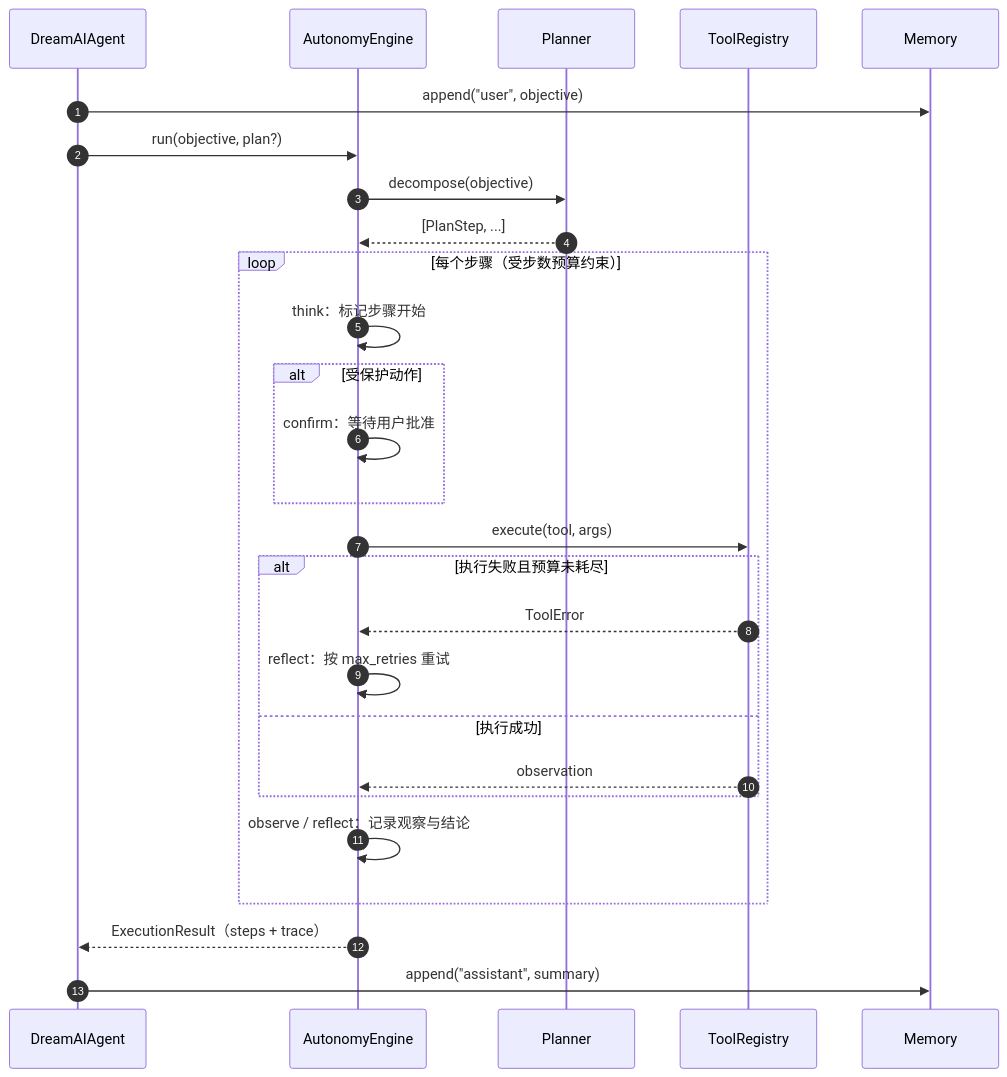
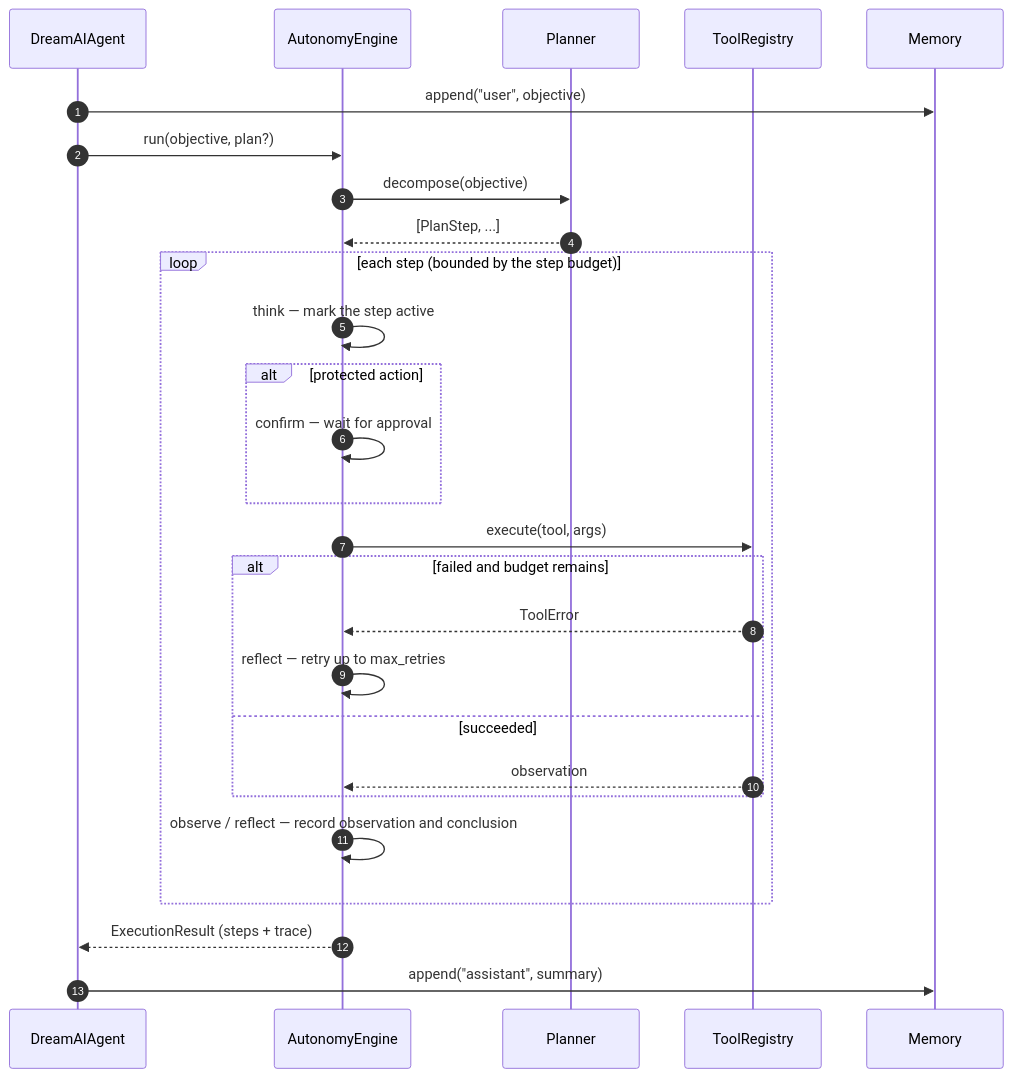
The third of 3 diagrams in docs/ARCHITECTURE.md (Li-Guijiang/DreamAI), drawn with Mermaid before and after one commit. The commit also changed other lines of this file and 4 other files, not shown here.

````diff
--- a/docs/ARCHITECTURE.md
+++ b/docs/ARCHITECTURE.md
@@ -145,32 +144,32 @@
 ```mermaid
 sequenceDiagram
     autonumber
     participant A as DreamAIAgent
     participant E as AutonomyEngine
     participant PL as Planner
     participant R as ToolRegistry
     participant M as Memory
 
     A->>M: append("user", objective)
     A->>E: run(objective, plan?)
     E->>PL: decompose(objective)
     PL-->>E: [PlanStep, ...]
 
-    loop 每个步骤（受步数预算约束）
-        E->>E: think：标记步骤开始
-        alt 受保护动作
-            E->>E: confirm：等待用户批准
+    loop each step (bounded by the step budget)
+        E->>E: think — mark the step active
+        alt protected action
+            E->>E: confirm — wait for approval
         end
         E->>R: execute(tool, args)
-        alt 执行失败且预算未耗尽
+        alt failed and budget remains
             R-->>E: ToolError
-            E->>E: reflect：按 max_retries 重试
-        else 执行成功
+            E->>E: reflect — retry up to max_retries
+        else succeeded
             R-->>E: observation
         end
-        E->>E: observe / reflect：记录观察与结论
+        E->>E: observe / reflect — record observation and conclusion
     end
 
-    E-->>A: ExecutionResult（steps + trace）
+    E-->>A: ExecutionResult (steps + trace)
     A->>M: append("assistant", summary)
 ```
````
